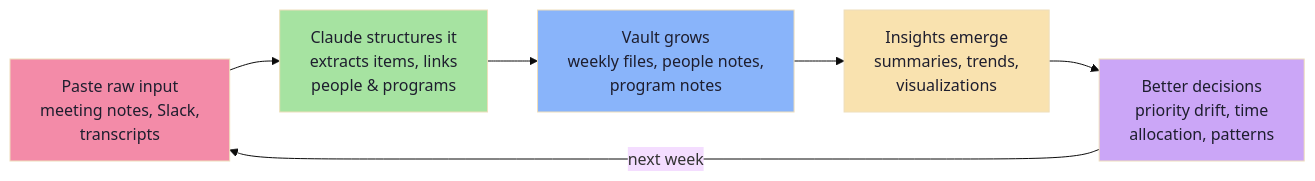
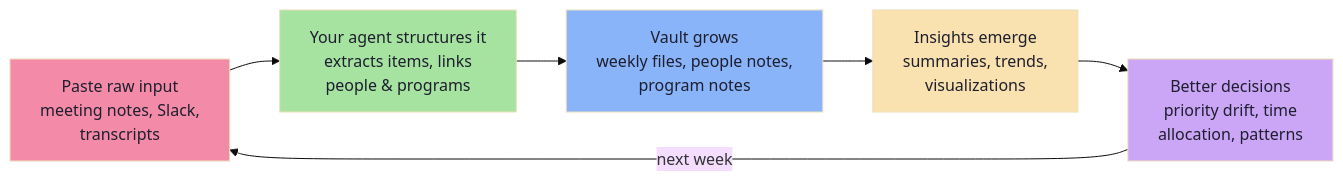
Before and after one commit to menottim/obsidian-worklog: the diagram in README.md, drawn with Mermaid (base theme). The commit also changed other lines of this file and 177 other files, not shown here.

````diff
--- a/README.md
+++ b/README.md
@@ -41,24 +45,24 @@
 ```mermaid
 graph LR
     A["Paste raw input
     meeting notes, Slack,
-    transcripts"] --> B["Claude structures it
+    transcripts"] --> B["Your agent structures it
     extracts items, links
     people & programs"]
     B --> C["Vault grows
     weekly files, people notes,
     program notes"]
     C --> D["Insights emerge
     summaries, trends,
     visualizations"]
     D --> E["Better decisions
     priority drift, time
     allocation, patterns"]
     E -->|"next week"| A
 
     style A fill:#f38ba8,color:#1e1e2e
     style B fill:#a6e3a1,color:#1e1e2e
     style C fill:#89b4fa,color:#1e1e2e
     style D fill:#f9e2af,color:#1e1e2e
     style E fill:#cba6f7,color:#1e1e2e
 ```
````
